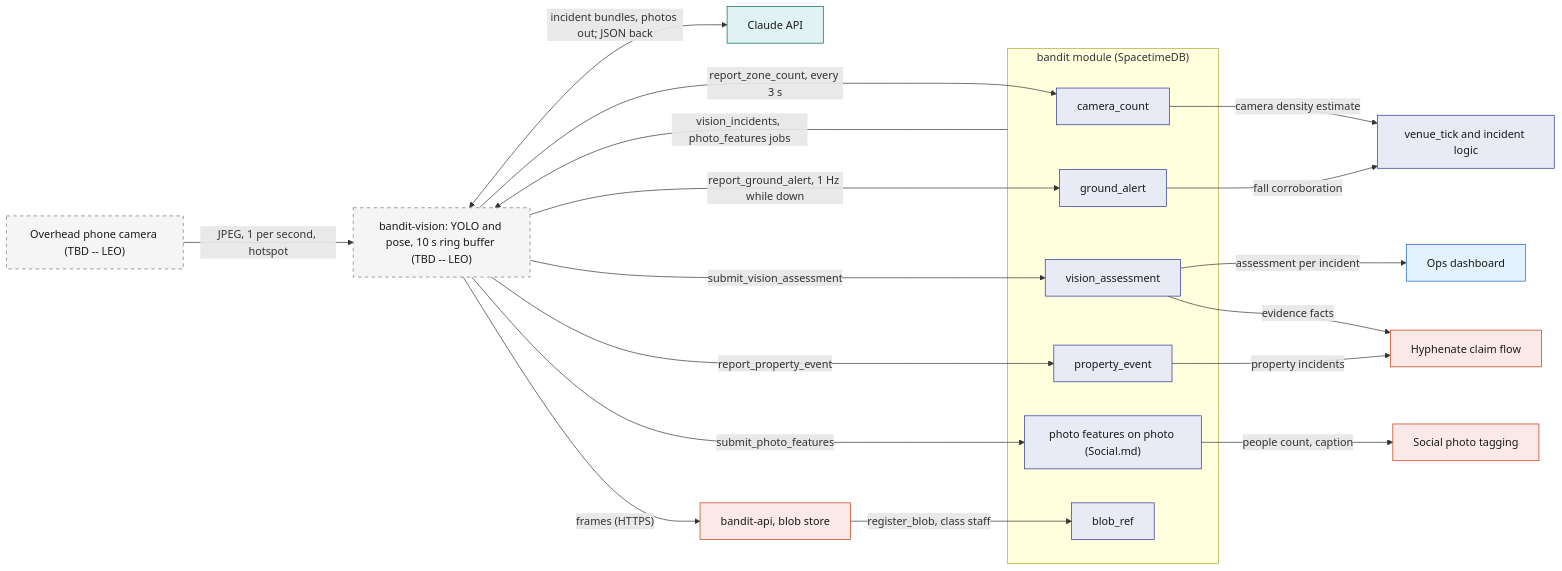
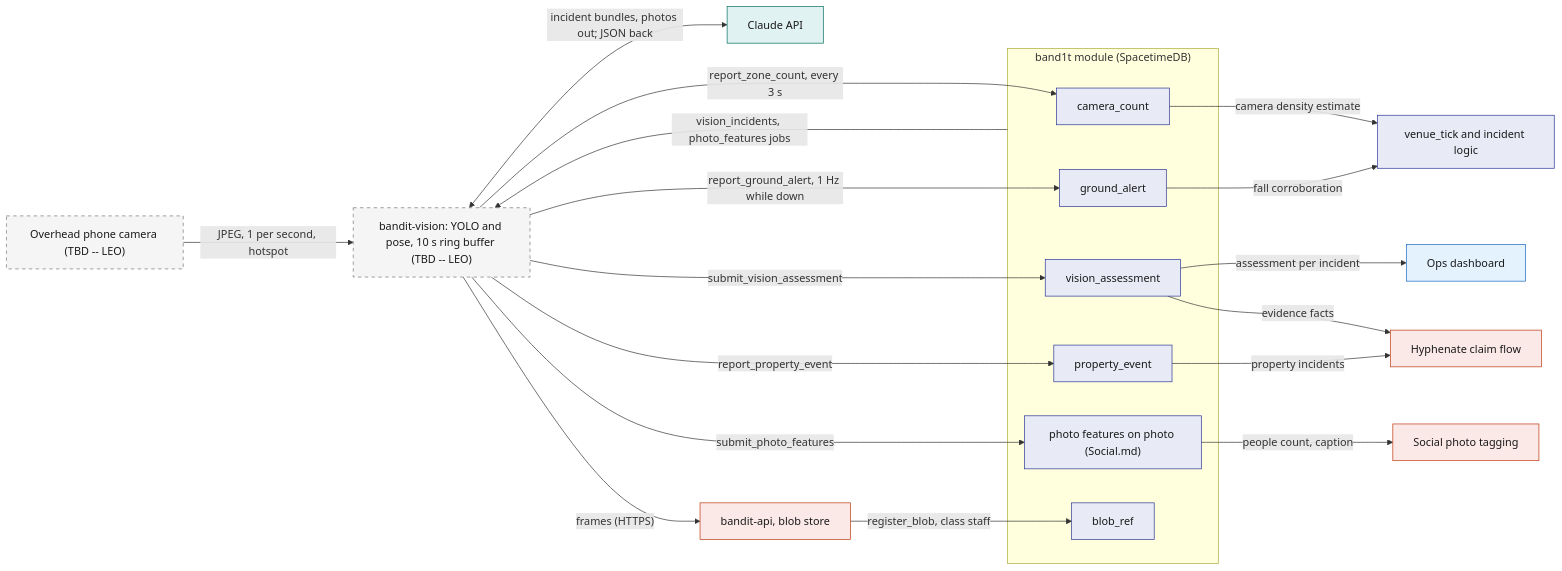
The first of 2 diagrams in System Design/4-devices/Vision.md (viktorinkov/cal-hacks-13), drawn with Mermaid before and after one commit. The commit also changed other lines of this file and 21 other files, not shown here.

````diff
--- a/System Design/4-devices/Vision.md
+++ b/System Design/4-devices/Vision.md
@@ -62,37 +62,37 @@
 ```mermaid
 flowchart LR
     Cam["Overhead phone camera (TBD -- LEO)"] -->|"JPEG, 1 per second, hotspot"| Vis["bandit-vision: YOLO and pose, 10 s ring buffer (TBD -- LEO)"]
     Vis <-->|"incident bundles, photos out; JSON back"| Claude["Claude API"]
     Vis -->|"frames (HTTPS)"| Api["bandit-api, blob store"]
-    subgraph M["bandit module (SpacetimeDB)"]
+    subgraph M["band1t module (SpacetimeDB)"]
         CC["camera_count"]
         GA["ground_alert"]
         VA["vision_assessment"]
         PE["property_event"]
         PF["photo features on photo (Social.md)"]
         BL["blob_ref"]
     end
     Api -->|"register_blob, class staff"| BL
     Vis -->|"report_zone_count, every 3 s"| CC
     Vis -->|"report_ground_alert, 1 Hz while down"| GA
     Vis -->|"submit_vision_assessment"| VA
     Vis -->|"report_property_event"| PE
     Vis -->|"submit_photo_features"| PF
     M -->|"vision_incidents, photo_features jobs"| Vis
     CC -->|"camera density estimate"| Tick["venue_tick and incident logic"]
     GA -->|"fall corroboration"| Tick
     VA -->|"assessment per incident"| Ops["Ops dashboard"]
     VA -->|"evidence facts"| Hyph["Hyphenate claim flow"]
     PE -->|"property incidents"| Hyph
     PF -->|"people count, caption"| Soc["Social photo tagging"]
     classDef tbd fill:#F5F5F5,stroke:#757575,color:#1A1A1A,stroke-dasharray:5 5
     classDef ext fill:#E0F2F1,stroke:#00695C,color:#1A1A1A
     classDef rust fill:#FBE9E7,stroke:#BF360C,color:#1A1A1A
     classDef stdb fill:#E8EAF6,stroke:#283593,color:#1A1A1A
     classDef web fill:#E3F2FD,stroke:#1565C0,color:#1A1A1A
     class Cam,Vis tbd
     class Claude ext
     class Api,Hyph,Soc rust
     class CC,GA,VA,PE,PF,BL,Tick stdb
     class Ops web
 ```
````
